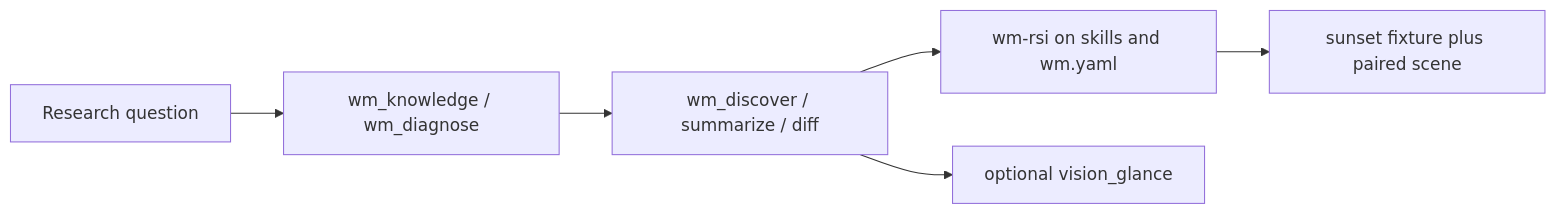
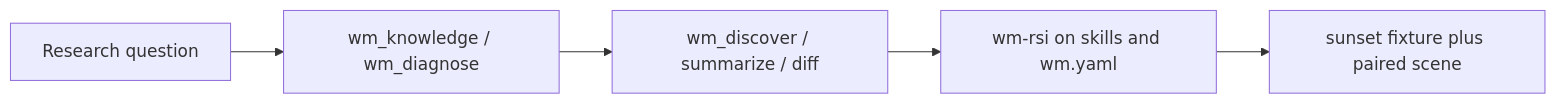
The diagram in README.md (WayneJin0918/dsh-wm), drawn with Mermaid before and after one commit. The commit also changed other lines of this file and 3 other files, not shown here.

````diff
--- a/README.md
+++ b/README.md
@@ -198,8 +195,7 @@
 ```mermaid
 flowchart LR
   ask[Research question] --> know[wm_knowledge / wm_diagnose]
   know --> measure[wm_discover / summarize / diff]
   measure --> rsi[wm-rsi on skills and wm.yaml]
   rsi --> gate[sunset fixture plus paired scene]
-  measure --> eyes[optional vision_glance]
 ```
````
